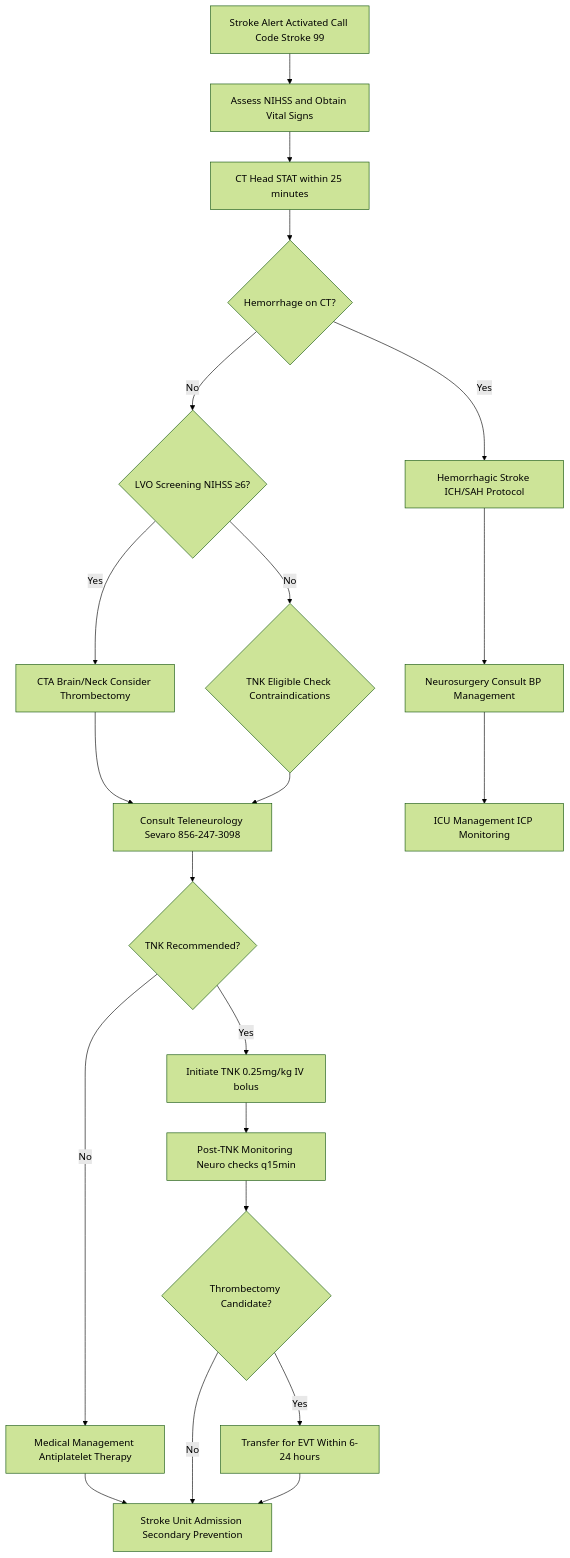
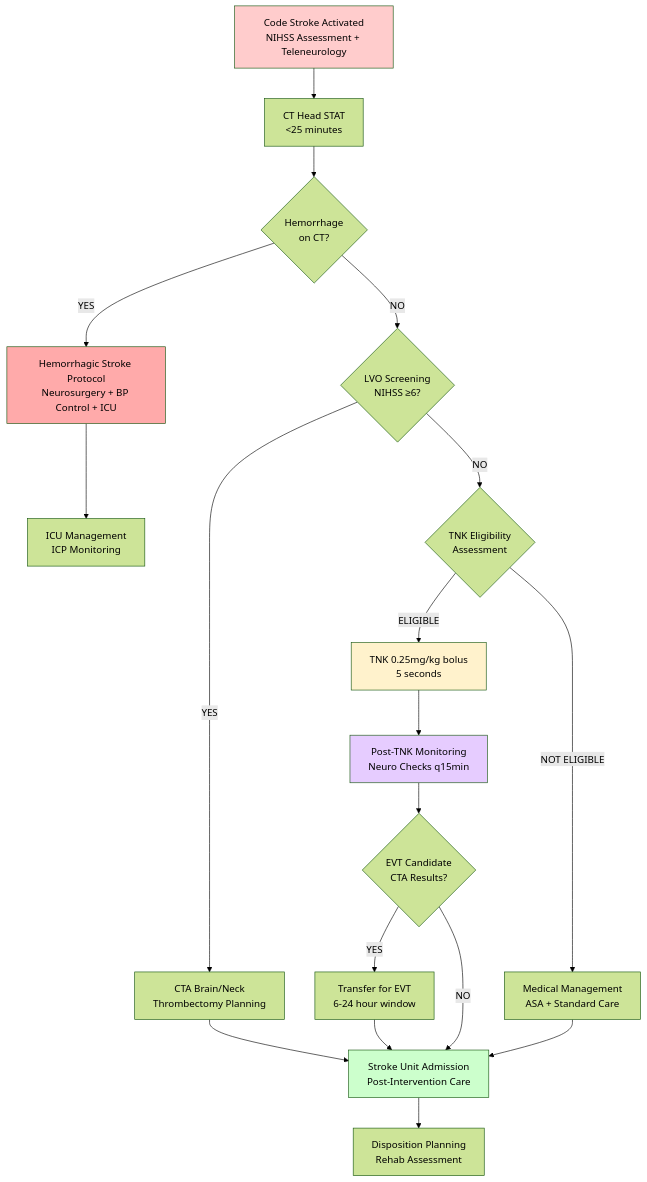
One commit to bhavenmurji/RapidResponseCentral changed the diagram in Assets/RapidResponseCentralDocumentationVault/Protocols/Emergencies/Code Stroke - Virtua Voorhees myEOP Protocol.md. Above: the diagram before and after it, drawn with Mermaid (forest theme). The commit also changed other lines of this file and 6438 other files, not shown here.

````diff
--- a/Assets/RapidResponseCentralDocumentationVault/Protocols/Emergencies/Code Stroke - Virtua Voorhees myEOP Protocol.md
+++ b/Assets/RapidResponseCentralDocumentationVault/Protocols/Emergencies/Code Stroke - Virtua Voorhees myEOP Protocol.md
@@ -114,42 +10,34 @@
-```mermaid
+~~~mermaid
 graph TD
-    A[Stroke Alert Activated Call Code Stroke 99]
-    B[Assess NIHSS and Obtain Vital Signs]
-    C[CT Head STAT within 25 minutes]
-    D{Hemorrhage on CT?}
-    E[Hemorrhagic Stroke ICH/SAH Protocol]
-    F{LVO Screening NIHSS ≥6?}
-    G[CTA Brain/Neck Consider Thrombectomy]
-    H{TNK Eligible Check Contraindications}
-    I[Consult Teleneurology Sevaro 856-247-3098]
-    J{TNK Recommended?}
-    K[Initiate TNK 0.25mg/kg IV bolus]
-    L[Medical Management Antiplatelet Therapy]
-    M[Post-TNK Monitoring Neuro checks q15min]
-    N[Stroke Unit Admission Secondary Prevention]
-    O{Thrombectomy Candidate?}
-    P[Transfer for EVT Within 6-24 hours]
-    Q[Neurosurgery Consult BP Management]
-    R[ICU Management ICP Monitoring]
-
-    A --> B
-    B --> C
-    C --> D
-    D -- Yes --> E
-    D -- No --> F
-    F -- Yes --> G
-    F -- No --> H
-    G --> I
-    H --> I
+    A["Code Stroke Activated<br/>NIHSS Assessment + Teleneurology"] --> B["CT Head STAT<br/>&lt;25 minutes"]
+    
+    B --> C{"Hemorrhage<br/>on CT?"}
+    
+    C -->|YES| D["Hemorrhagic Stroke Protocol<br/>Neurosurgery + BP Control + ICU"]
+    C -->|NO| E{"LVO Screening<br/>NIHSS ≥6?"}
+    
+    E -->|YES| F["CTA Brain/Neck<br/>Thrombectomy Planning"]
+    E -->|NO| G{"TNK Eligibility<br/>Assessment"}
+    
+    G -->|ELIGIBLE| H["TNK 0.25mg/kg bolus<br/>5 seconds"]
+    G -->|NOT ELIGIBLE| I["Medical Management<br/>ASA + Standard Care"]
+    
+    F --> J["Stroke Unit Admission<br/>Post-Intervention Care"]
+    H --> K["Post-TNK Monitoring<br/>Neuro Checks q15min"]
     I --> J
-    J -- Yes --> K
-    J -- No --> L
-    K --> M
-    L --> N
-    M --> O
-    O -- Yes --> P
-    O -- No --> N
-    P --> N
-    E --> Q
-    Q --> R
-```
+    
+    K --> L{"EVT Candidate<br/>CTA Results?"}
+    
+    L -->|YES| M["Transfer for EVT<br/>6-24 hour window"]
+    L -->|NO| J
+    
+    M --> J
+    J --> N["Disposition Planning<br/>Rehab Assessment"]
+    D --> O["ICU Management<br/>ICP Monitoring"]
+    
+    style A fill:#ffcccc
+    style H fill:#fff2cc
+    style J fill:#ccffcc
+    style D fill:#ffaaaa
+    style K fill:#e6ccff
+~~~
````
